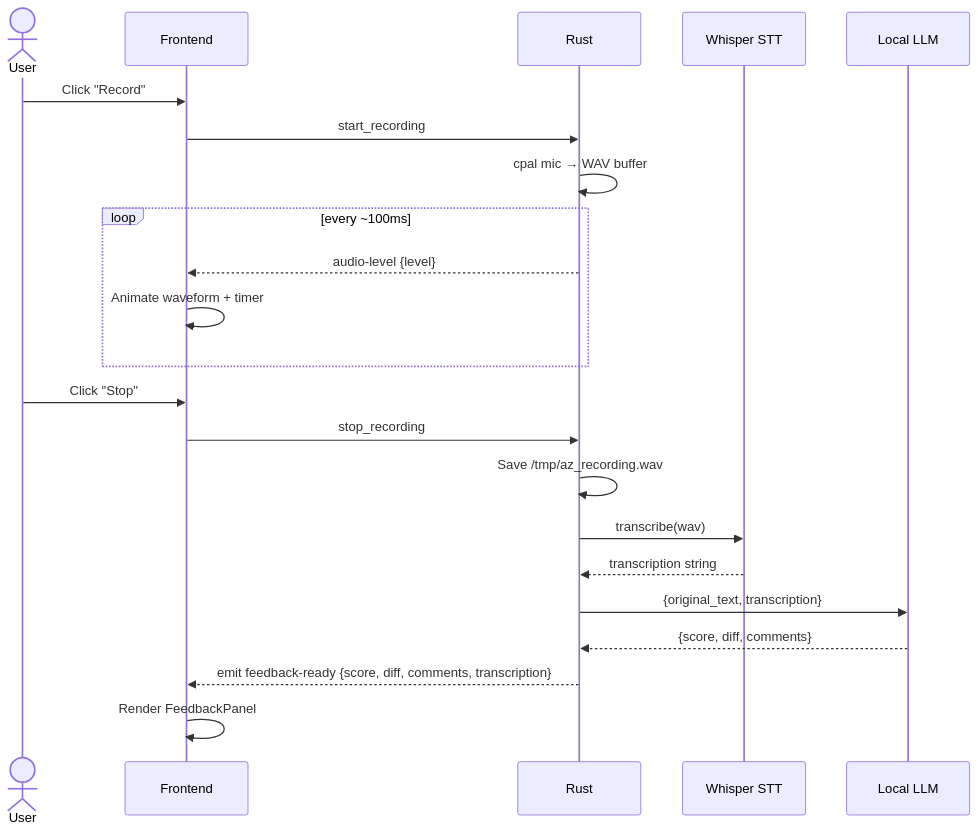
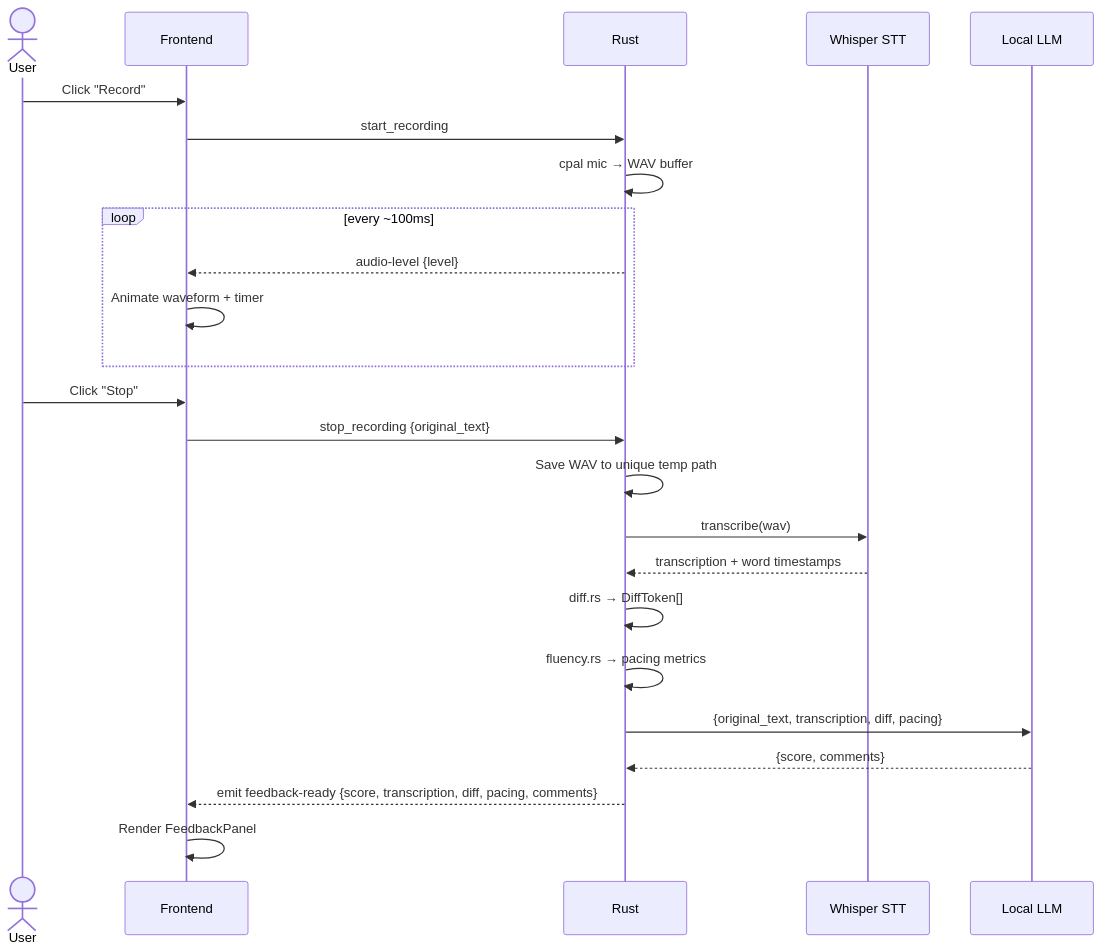
One commit to yaominzh/azReadAnalyzer changed the fourth of 4 diagrams in docs/superpowers/specs/2026-06-07-azreadanalyzer-design.md. Above: the diagram before and after it, drawn with Mermaid. The commit also changed other lines of this file and 1 other file, not shown here.

````diff
--- a/docs/superpowers/specs/2026-06-07-azreadanalyzer-design.md
+++ b/docs/superpowers/specs/2026-06-07-azreadanalyzer-design.md
@@ -212,25 +229,27 @@
 ```mermaid
 sequenceDiagram
     actor U as User
     participant FE as Frontend
     participant RS as Rust
     participant WH as Whisper STT
     participant LM as Local LLM
 
     U->>FE: Click "Record"
     FE->>RS: start_recording
     RS->>RS: cpal mic → WAV buffer
     loop every ~100ms
         RS-->>FE: audio-level {level}
         FE->>FE: Animate waveform + timer
     end
     U->>FE: Click "Stop"
-    FE->>RS: stop_recording
-    RS->>RS: Save /tmp/az_recording.wav
+    FE->>RS: stop_recording {original_text}
+    RS->>RS: Save WAV to unique temp path
     RS->>WH: transcribe(wav)
-    WH-->>RS: transcription string
-    RS->>LM: {original_text, transcription}
-    LM-->>RS: {score, diff, comments}
-    RS-->>FE: emit feedback-ready {score, diff, comments, transcription}
+    WH-->>RS: transcription + word timestamps
+    RS->>RS: diff.rs → DiffToken[]
+    RS->>RS: fluency.rs → pacing metrics
+    RS->>LM: {original_text, transcription, diff, pacing}
+    LM-->>RS: {score, comments}
+    RS-->>FE: emit feedback-ready {score, transcription, diff, pacing, comments}
     FE->>FE: Render FeedbackPanel
 ```
````
